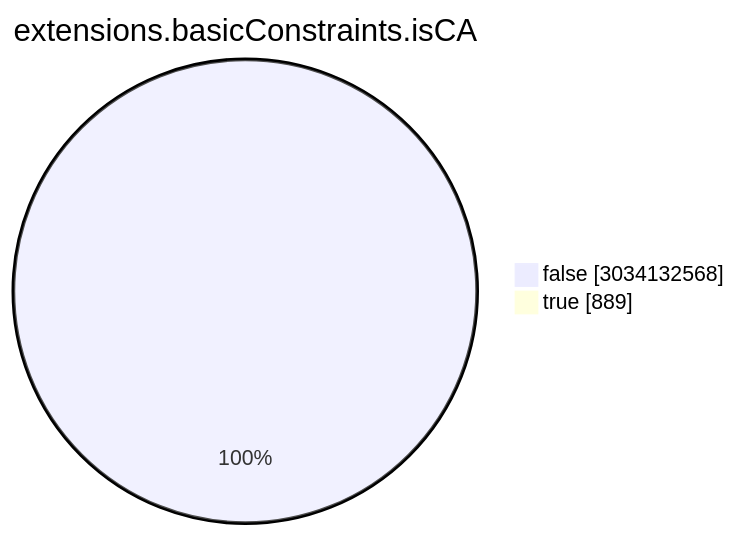
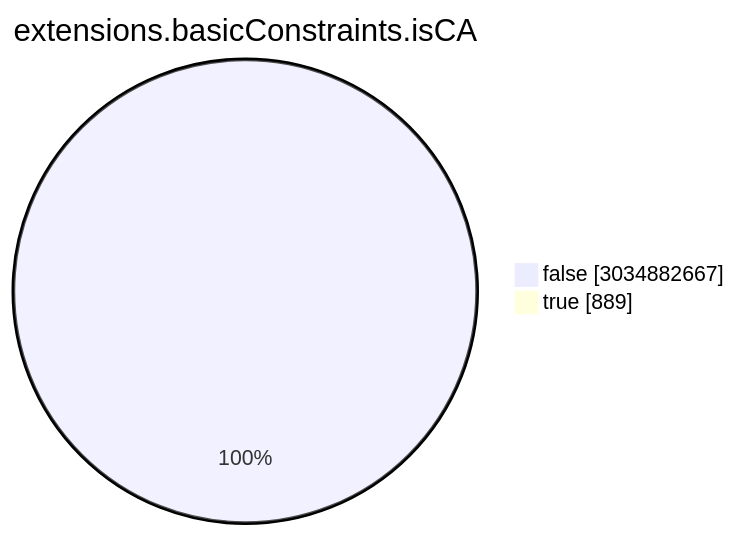
Before and after one commit to christiankrug/ctmonitor_visualization: the seventh of 15 diagrams in TOTAL/README.md, drawn with Mermaid. The commit also changed other lines of this file, not shown here.

````diff
--- a/TOTAL/README.md
+++ b/TOTAL/README.md
@@ -3086,6 +3086,6 @@
 ```mermaid
 pie showData
 title extensions.basicConstraints.isCA
-"false" :3034132568
+"false" :3034882667
 "true" :889
 ```
````
